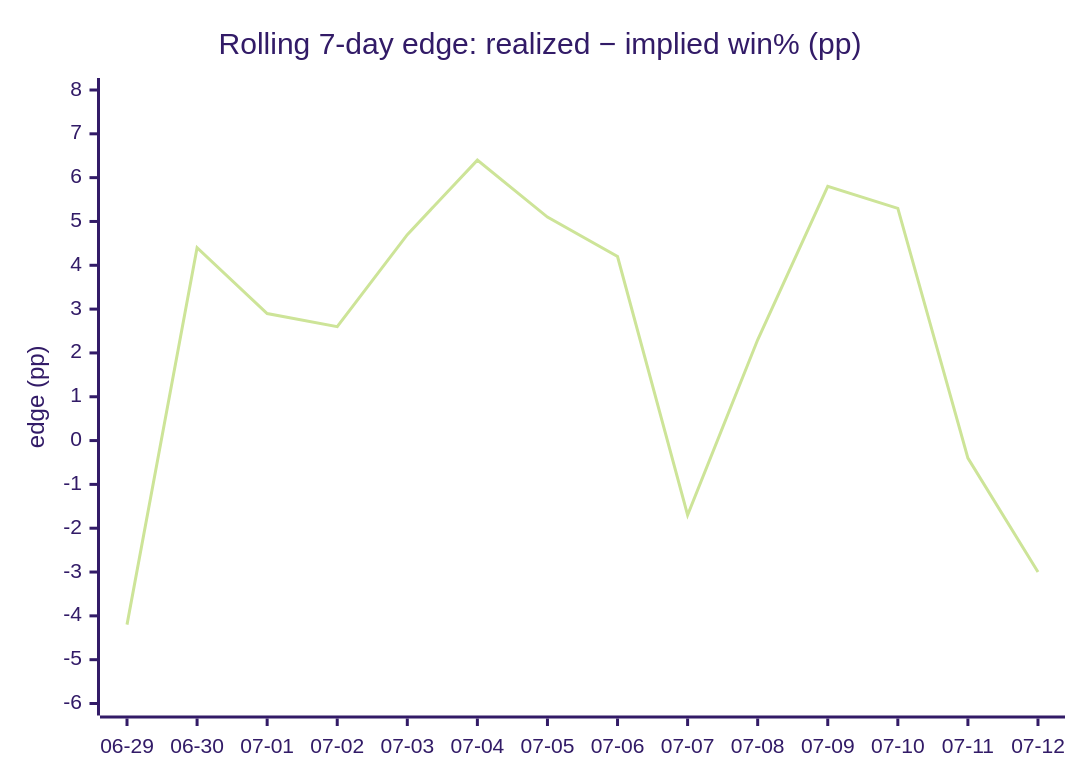
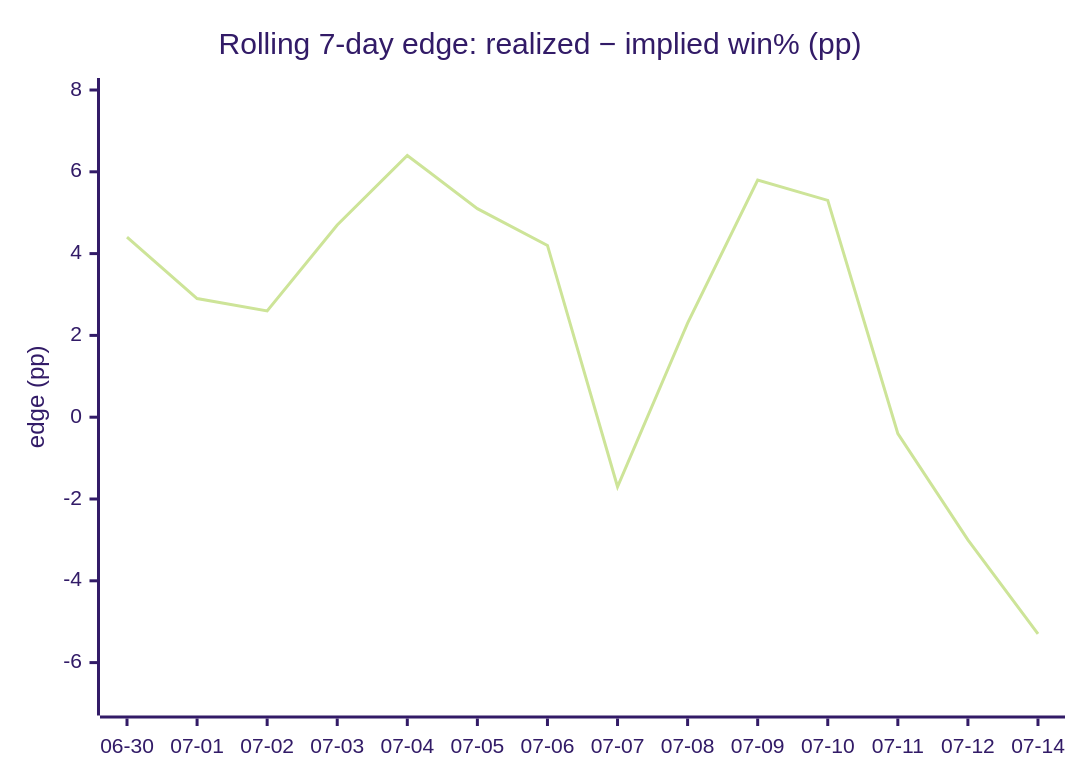
Before and after one commit to dpk1212/nhl-savant: the fifth of 5 diagrams in DAILY_AGSU_REPORT.md, drawn with Mermaid (forest theme). The commit also changed other lines of this file, not shown here.

````diff
--- a/DAILY_AGSU_REPORT.md
+++ b/DAILY_AGSU_REPORT.md
@@ -662,7 +671,7 @@
 ```mermaid
 xychart-beta
     title "Rolling 7-day edge: realized − implied win% (pp)"
-    x-axis ["06-29", "06-30", "07-01", "07-02", "07-03", "07-04", "07-05", "07-06", "07-07", "07-08", "07-09", "07-10", "07-11", "07-12"]
-    y-axis "edge (pp)" -6 --> 8
-    line [-4.2, 4.4, 2.9, 2.6, 4.7, 6.4, 5.1, 4.2, -1.7, 2.3, 5.8, 5.3, -0.4, -3]
+    x-axis ["06-30", "07-01", "07-02", "07-03", "07-04", "07-05", "07-06", "07-07", "07-08", "07-09", "07-10", "07-11", "07-12", "07-14"]
+    y-axis "edge (pp)" -7 --> 8
+    line [4.4, 2.9, 2.6, 4.7, 6.4, 5.1, 4.2, -1.7, 2.3, 5.8, 5.3, -0.4, -3, -5.3]
 ```
````
